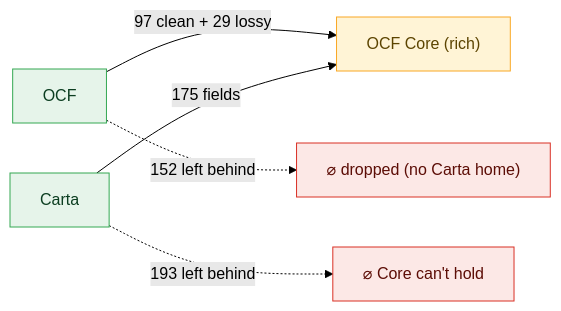
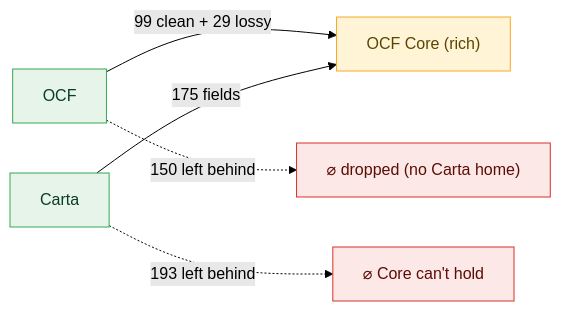
Before and after one commit to Open-Cap-Table-Coalition/OCF-Composed-Schemas: the first of 13 diagrams in docs/core-bidirectional-flow.md, drawn with Mermaid (forest theme). The commit also changed other lines of this file and 23 other files, not shown here.

````diff
--- a/docs/core-bidirectional-flow.md
+++ b/docs/core-bidirectional-flow.md
@@ -11,11 +11,11 @@
 ```mermaid
 flowchart LR
   classDef core fill:#fff4d6,stroke:#f9a825,color:#5c4400;
   classDef in fill:#e6f4ea,stroke:#34a853,color:#0b3d20;
   classDef out fill:#fce8e6,stroke:#d93025,color:#5c0d06;
-  OCF["OCF"]:::in -->|"97 clean + 29 lossy"| CORE
-  OCF -.->|"152 left behind"| ocfvoid["⌀ dropped (no Carta home)"]:::out
+  OCF["OCF"]:::in -->|"99 clean + 29 lossy"| CORE
+  OCF -.->|"150 left behind"| ocfvoid["⌀ dropped (no Carta home)"]:::out
   CORE["OCF Core (rich)"]:::core
   Carta["Carta"]:::in -->|"175 fields"| CORE
   Carta -.->|"193 left behind"| cartavoid["⌀ Core can't hold"]:::out
 ```
````
